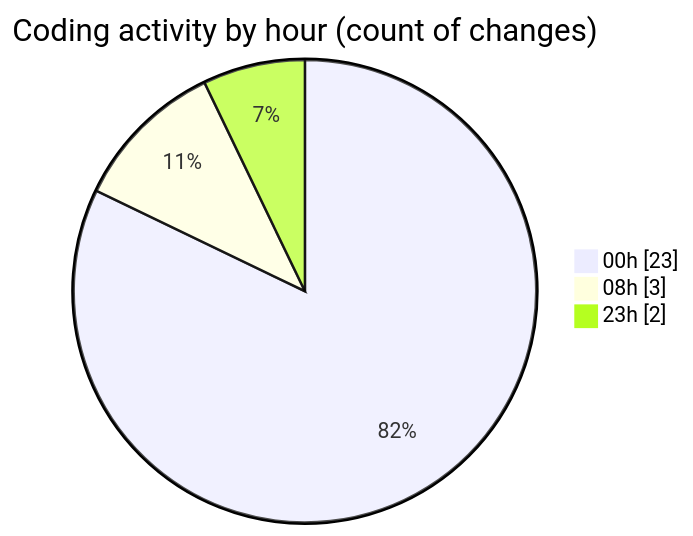
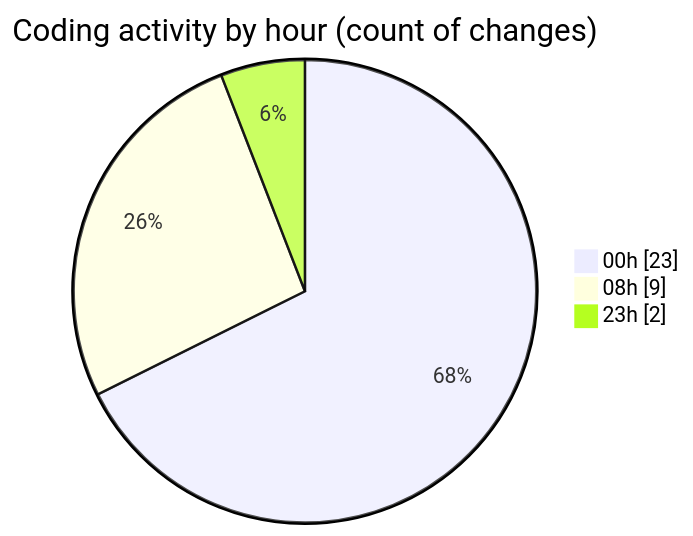
One commit to Elitesun/code-tracking changed the second of 2 diagrams in 2025-05-29/advertise/README.md. Above: the diagram before and after it, drawn with Mermaid. The commit also changed other lines of this file and 1 other file, not shown here.

````diff
--- a/2025-05-29/advertise/README.md
+++ b/2025-05-29/advertise/README.md
@@ -35,7 +35,7 @@
 ```mermaid
 pie showData
 title Coding activity by hour (count of changes)
 "00h" : 23
-"08h" : 3
+"08h" : 9
 "23h" : 2
 ```
````
